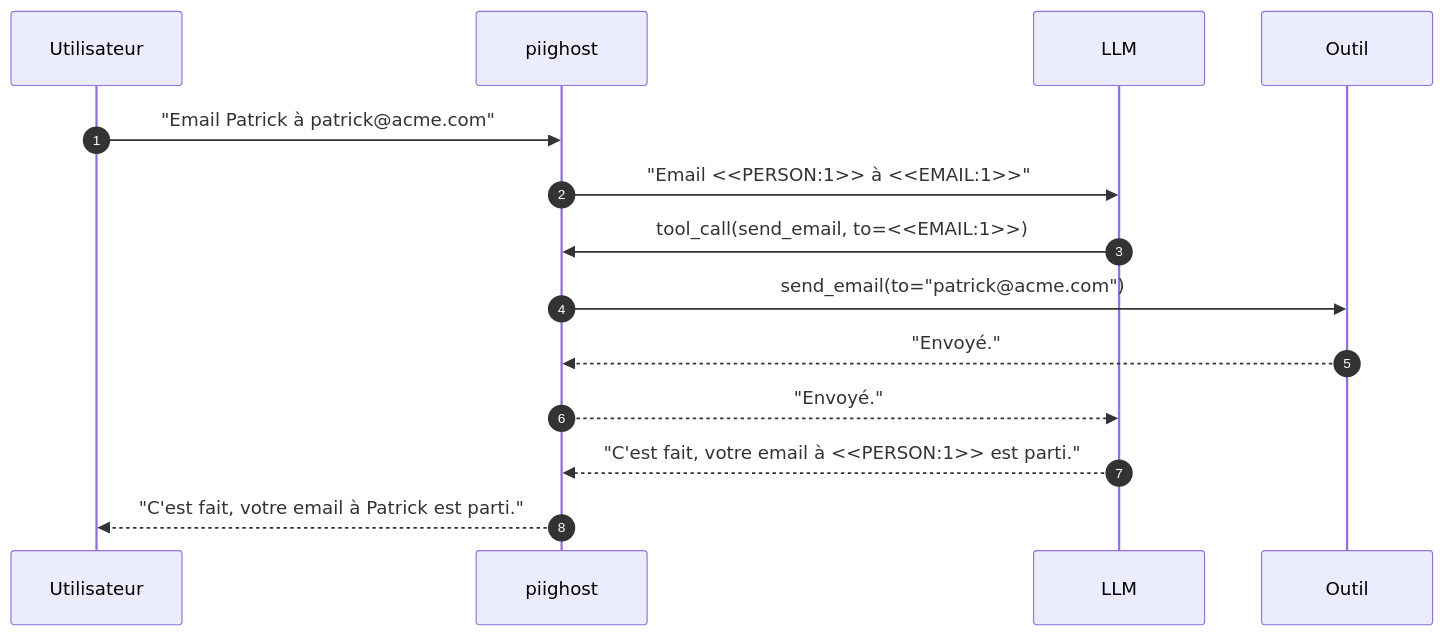
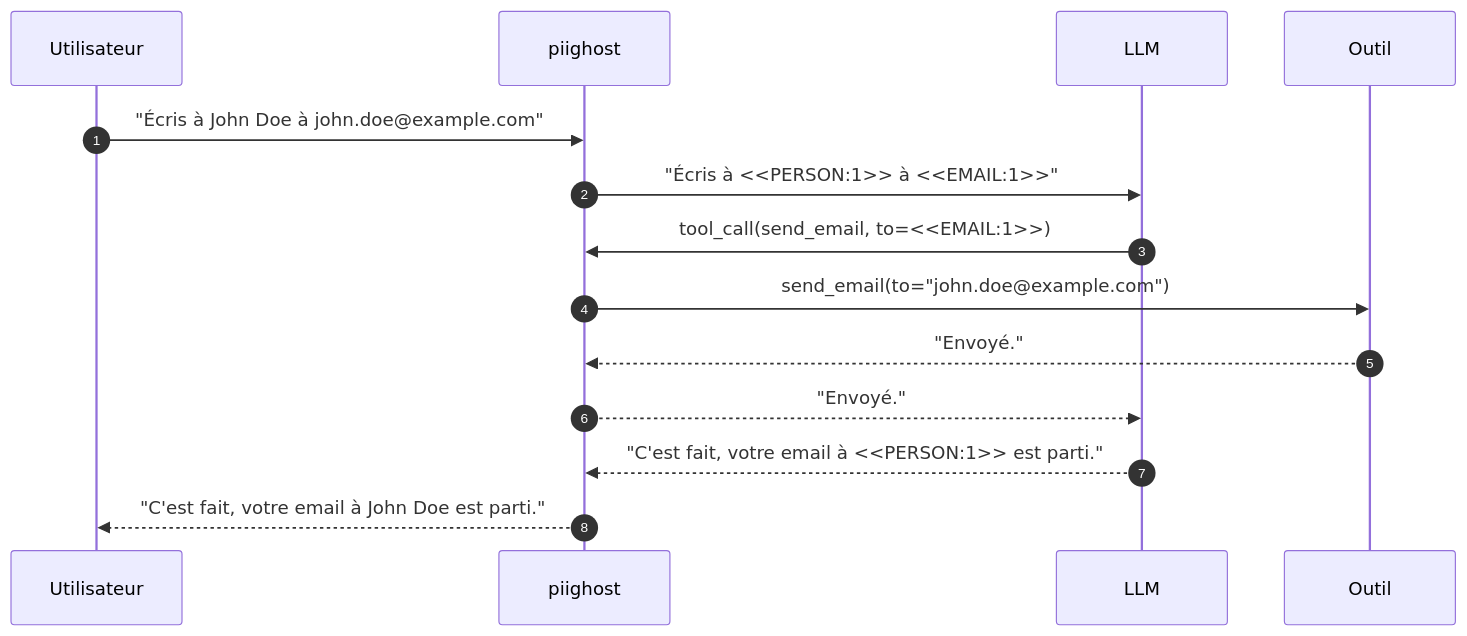
The diagram in docs/fr/index.md (Athroniaeth/piighost), drawn with Mermaid before and after one commit. The commit also changed other lines of this file and 13 other files, not shown here.

````diff
--- a/docs/fr/index.md
+++ b/docs/fr/index.md
@@ -11,17 +16,17 @@
 ```mermaid
 sequenceDiagram
     autonumber
     participant U as Utilisateur
     participant M as piighost
     participant L as LLM
     participant T as Outil
 
-    U->>M: "Email Patrick à patrick@acme.com"
-    M->>L: "Email <<PERSON:1>> à <<EMAIL:1>>"
+    U->>M: "Écris à John Doe à john.doe@example.com"
+    M->>L: "Écris à <<PERSON:1>> à <<EMAIL:1>>"
     L->>M: tool_call(send_email, to=<<EMAIL:1>>)
-    M->>T: send_email(to="patrick@acme.com")
+    M->>T: send_email(to="john.doe@example.com")
     T-->>M: "Envoyé."
     M-->>L: "Envoyé."
     L-->>M: "C'est fait, votre email à <<PERSON:1>> est parti."
-    M-->>U: "C'est fait, votre email à Patrick est parti."
+    M-->>U: "C'est fait, votre email à John Doe est parti."
 ```
````
